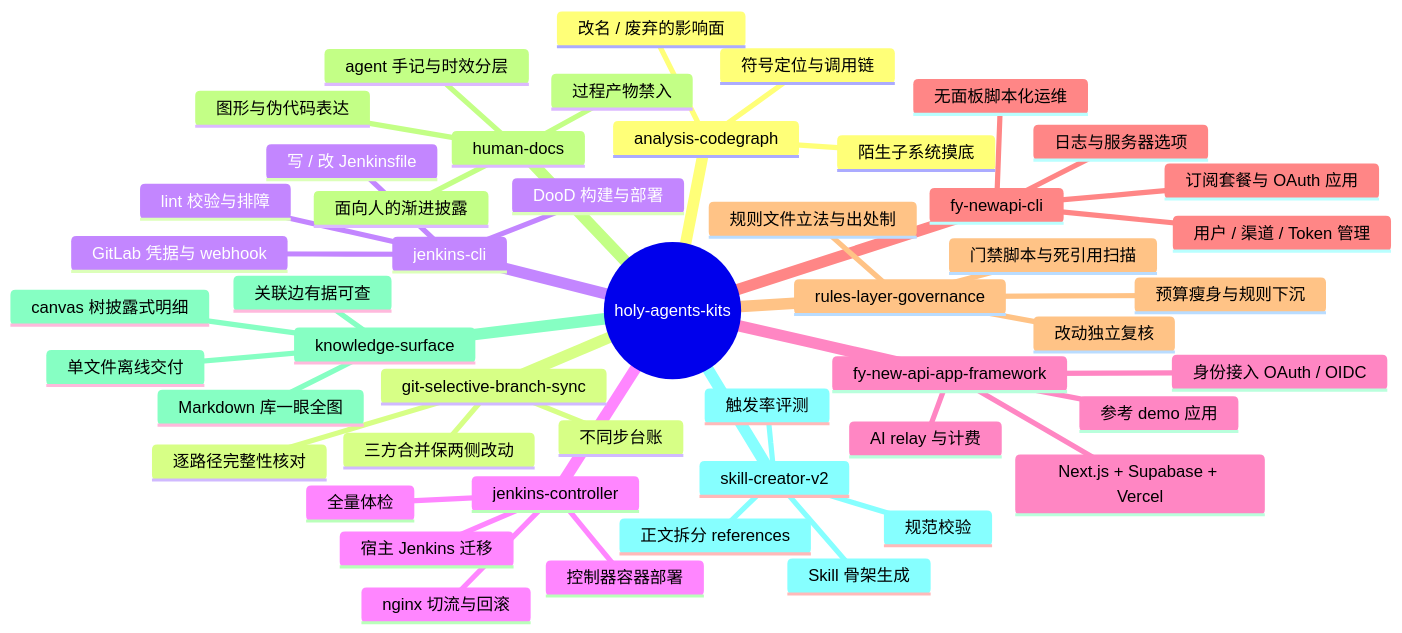
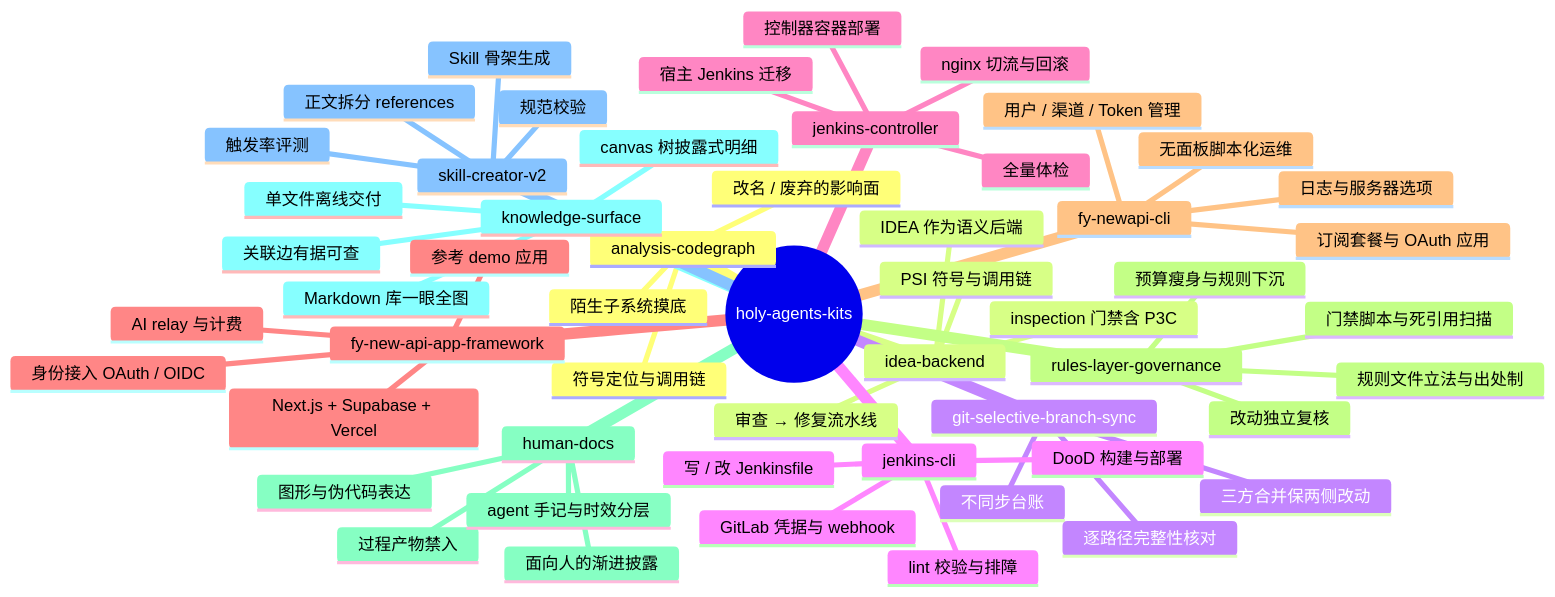
One commit to monsterbude123/holy-agents-kits changed the diagram in README.md. Above: the diagram before and after it, drawn with Mermaid. The commit also changed other lines of this file and 19 other files, not shown here.

First line of the commit message:
feat: 新增 idea-backend 技能（把本机 IDEA 当 agent 的语义后端）

````diff
--- a/README.md
+++ b/README.md
@@ -13,52 +13,57 @@
 ```mermaid
 mindmap
   root((holy-agents-kits))
     analysis-codegraph
       符号定位与调用链
       改名 / 废弃的影响面
       陌生子系统摸底
+    idea-backend
+      IDEA 作为语义后端
+      PSI 符号与调用链
+      inspection 门禁含 P3C
+      审查 → 修复流水线
     git-selective-branch-sync
       三方合并保两侧改动
       不同步台账
       逐路径完整性核对
     jenkins-cli
       写 / 改 Jenkinsfile
       DooD 构建与部署
       GitLab 凭据与 webhook
       lint 校验与排障
     jenkins-controller
       控制器容器部署
       宿主 Jenkins 迁移
       nginx 切流与回滚
       全量体检
     fy-new-api-app-framework
       身份接入 OAuth / OIDC
       AI relay 与计费
       Next.js + Supabase + Vercel
       参考 demo 应用
     fy-newapi-cli
       用户 / 渠道 / Token 管理
       日志与服务器选项
       订阅套餐与 OAuth 应用
       无面板脚本化运维
     rules-layer-governance
       规则文件立法与出处制
       预算瘦身与规则下沉
       门禁脚本与死引用扫描
       改动独立复核
     human-docs
       面向人的渐进披露
       图形与伪代码表达
       过程产物禁入
       agent 手记与时效分层
     knowledge-surface
       Markdown 库一眼全图
       canvas 树披露式明细
       关联边有据可查
       单文件离线交付
     skill-creator-v2
       Skill 骨架生成
       正文拆分 references
       规范校验
       触发率评测
 ```
````
